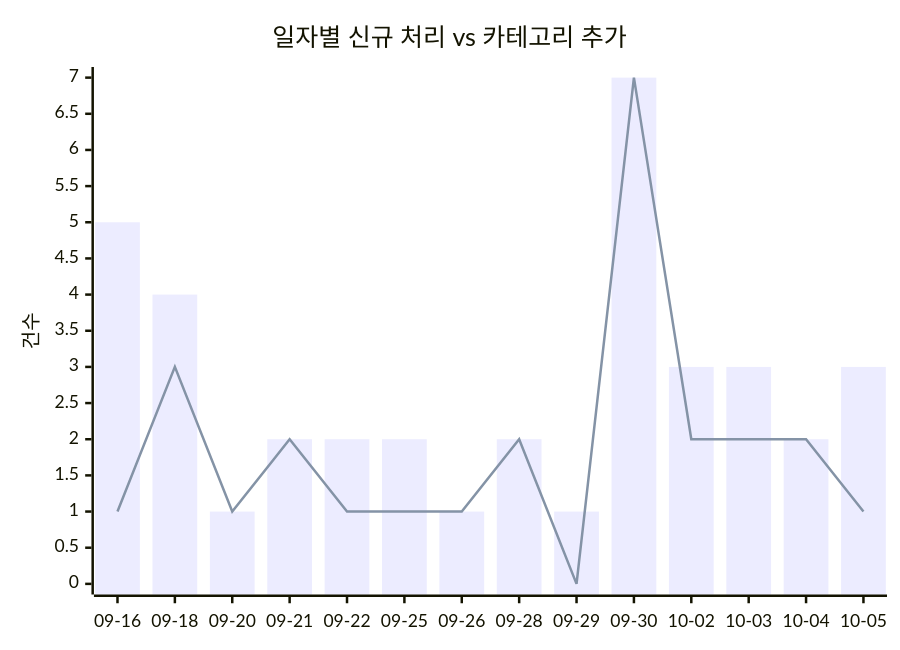
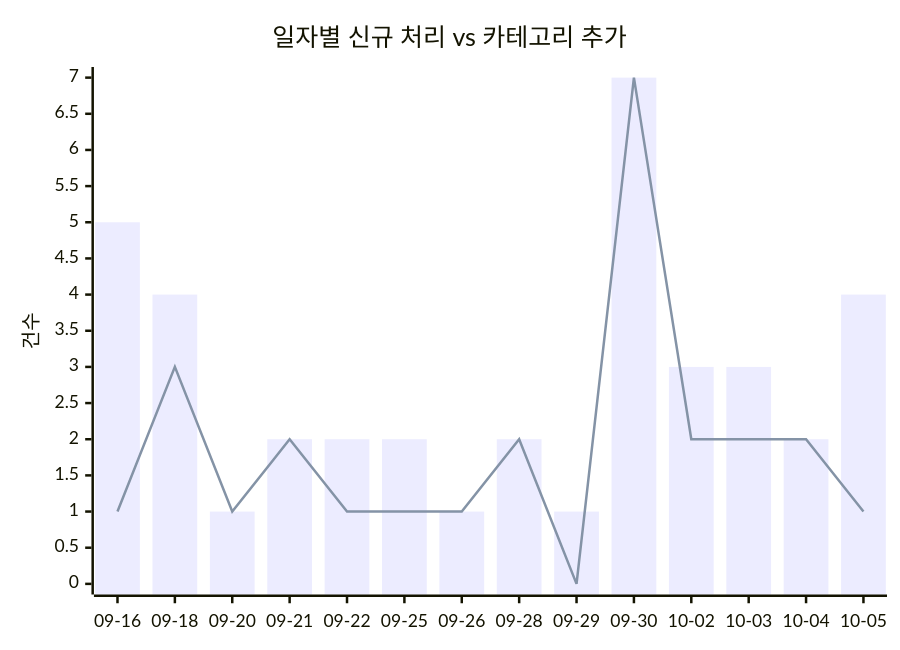
The first of 2 diagrams in docs/trends.md (J-nowcow/awesome-korean-agent-skills), drawn with Mermaid before and after one commit. The commit also changed other lines of this file and 2 other files, not shown here.

````diff
--- a/docs/trends.md
+++ b/docs/trends.md
@@ -32,8 +32,8 @@
 ```mermaid
 xychart-beta
     title "일자별 신규 처리 vs 카테고리 추가"
     x-axis ["09-16","09-18","09-20","09-21","09-22","09-25","09-26","09-28","09-29","09-30","10-02","10-03","10-04","10-05"]
     y-axis "건수"
-    bar [5,4,1,2,2,2,1,2,1,7,3,3,2,3]
+    bar [5,4,1,2,2,2,1,2,1,7,3,3,2,4]
     line [1,3,1,2,1,1,1,2,0,7,2,2,2,1]
 ```
````
